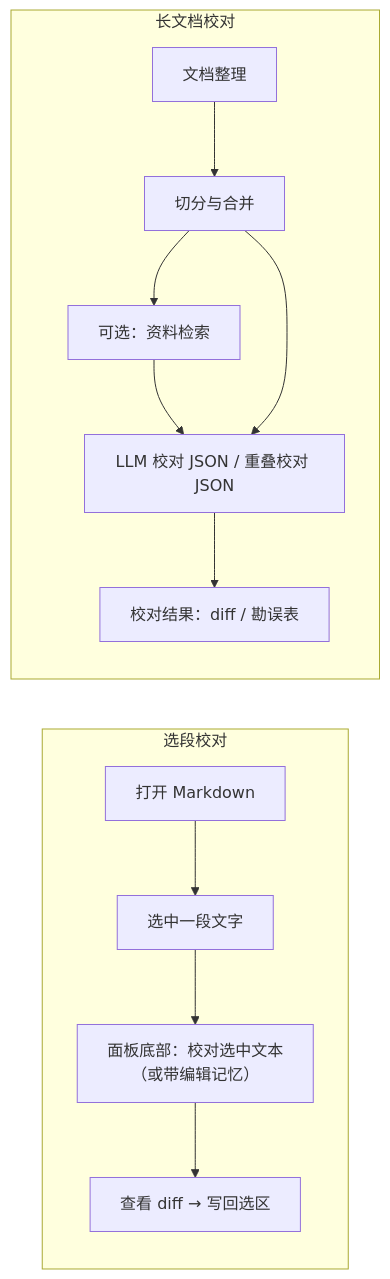
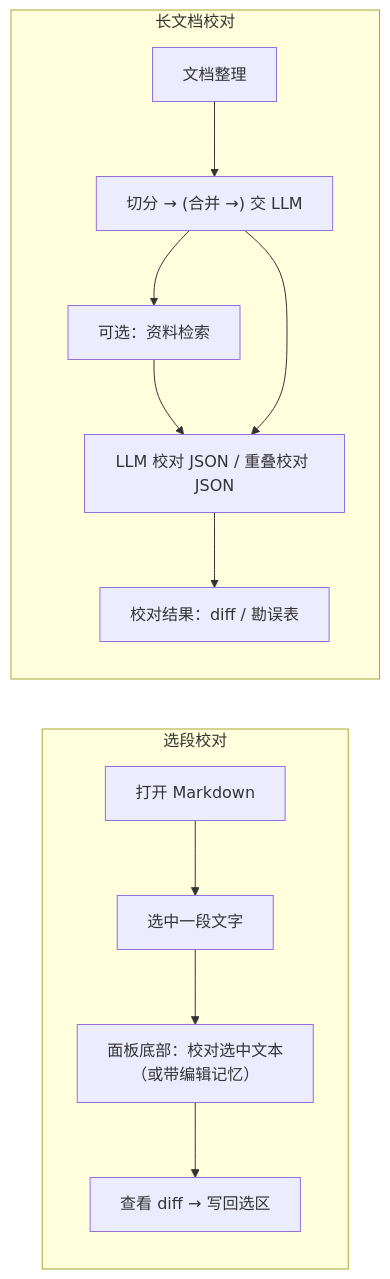
Before and after one commit to Fusyong/ai-proofread-vscode-extension: the first of 5 diagrams in docs/commands-cheatsheet.md, drawn with Mermaid. The commit also changed other lines of this file and 16 other files, not shown here.

````diff
--- a/docs/commands-cheatsheet.md
+++ b/docs/commands-cheatsheet.md
@@ -143,20 +143,20 @@
 ```mermaid
 flowchart LR
     subgraph 方式一["选段校对"]
         S1["打开 Markdown"]
         S2["选中一段文字"]
         S3["面板底部：校对选中文本<br/>（或带编辑记忆）"]
         S4["查看 diff → 写回选区"]
         S1 --> S2 --> S3 --> S4
     end
 
     subgraph 方式二["长文档校对"]
         L1["文档整理"]
-        L2["切分与合并"]
+        L2["切分 → (合并 →) 交 LLM"]
         L3["可选：资料检索"]
         L4["LLM 校对 JSON / 重叠校对 JSON"]
         L5["校对结果：diff / 勘误表"]
         L1 --> L2 --> L3 --> L4 --> L5
         L2 --> L4
     end
 ```
````
